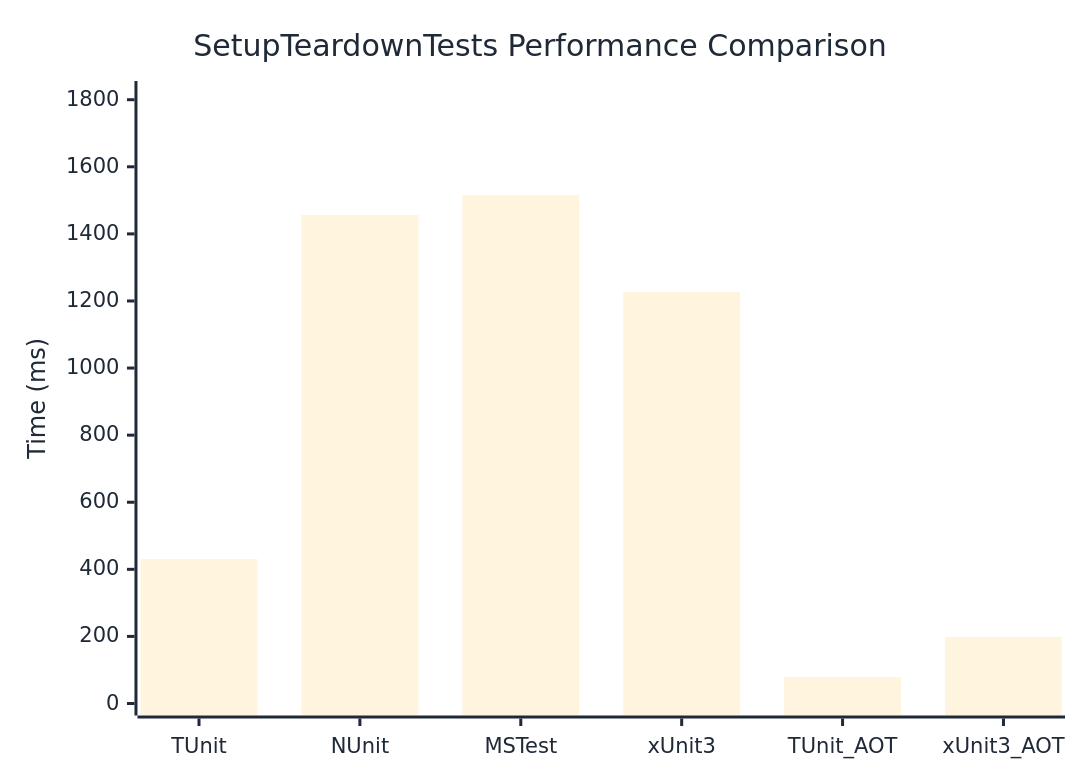
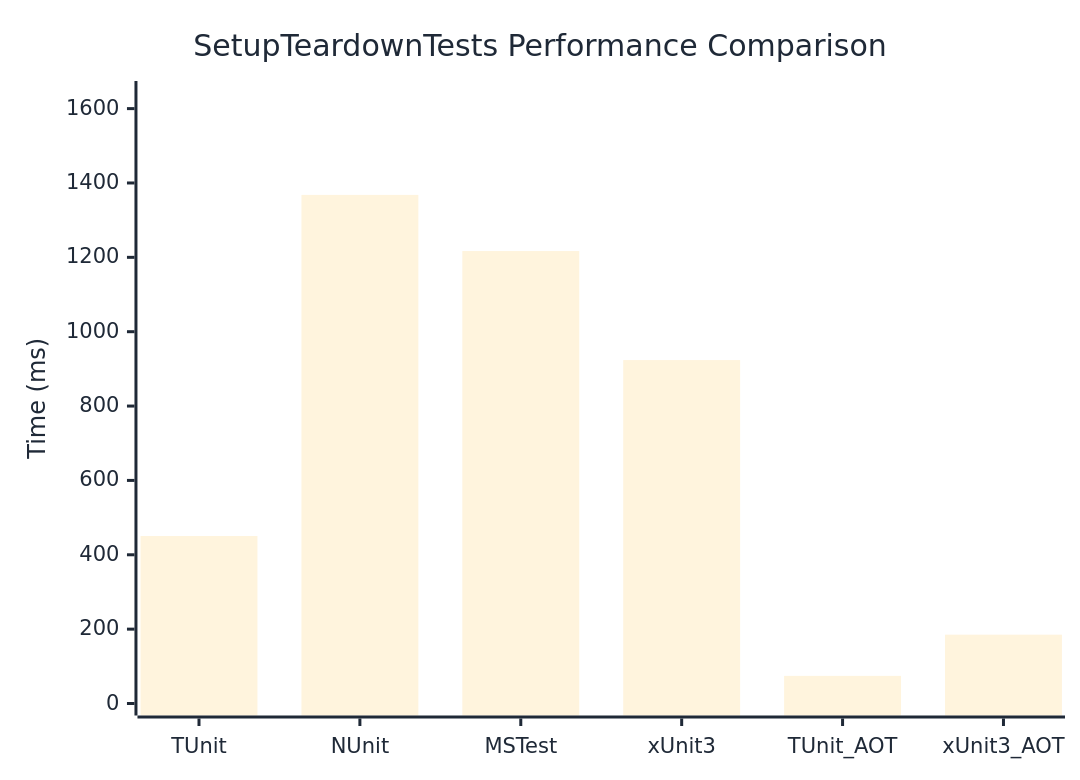
The diagram in docs/docs/benchmarks/engine/SetupTeardownTests.md (thomhurst/TUnit), drawn with Mermaid before and after one commit. The commit also changed other lines of this file and 18 other files, not shown here.

````diff
--- a/docs/docs/benchmarks/engine/SetupTeardownTests.md
+++ b/docs/docs/benchmarks/engine/SetupTeardownTests.md
@@ -30,37 +30,37 @@
 ```mermaid
 %%{init: {
   'theme':'base',
   'themeVariables': {
     'primaryColor': '#2563eb',
     'primaryTextColor': '#1f2937',
     'primaryBorderColor': '#1e40af',
     'lineColor': '#6b7280',
     'secondaryColor': '#7c3aed',
     'tertiaryColor': '#dc2626',
     'background': '#ffffff',
     'mainBkg': '#2563eb',
     'secondBkg': '#7c3aed',
     'tertiaryBkg': '#dc2626',
     'clusterBkg': '#f3f4f6',
     'edgeLabelBackground': '#ffffff',
     'tertiaryTextColor': '#1f2937',
     'pie1': '#2563eb',
     'pie2': '#7c3aed',
     'pie3': '#dc2626',
     'pie4': '#f59e0b',
     'pie5': '#10b981',
     'pie6': '#06b6d4',
     'pie7': '#ec4899',
     'pie8': '#6366f1',
     'pie9': '#84cc16',
     'pie10': '#f97316',
     'pie11': '#14b8a6',
     'pie12': '#a855f7'
   }
 }}%%
 xychart-beta
   title "SetupTeardownTests Performance Comparison"
   x-axis ["TUnit", "NUnit", "MSTest", "xUnit3", "TUnit_AOT", "xUnit3_AOT"]
-  y-axis "Time (ms)" 0 --> 1820
-  bar [430.3, 1456.47, 1516, 1226.54, 78.89, 198]
+  y-axis "Time (ms)" 0 --> 1642
+  bar [450.57, 1367.91, 1216.92, 923.67, 74.28, 185.14]
 ```
````
